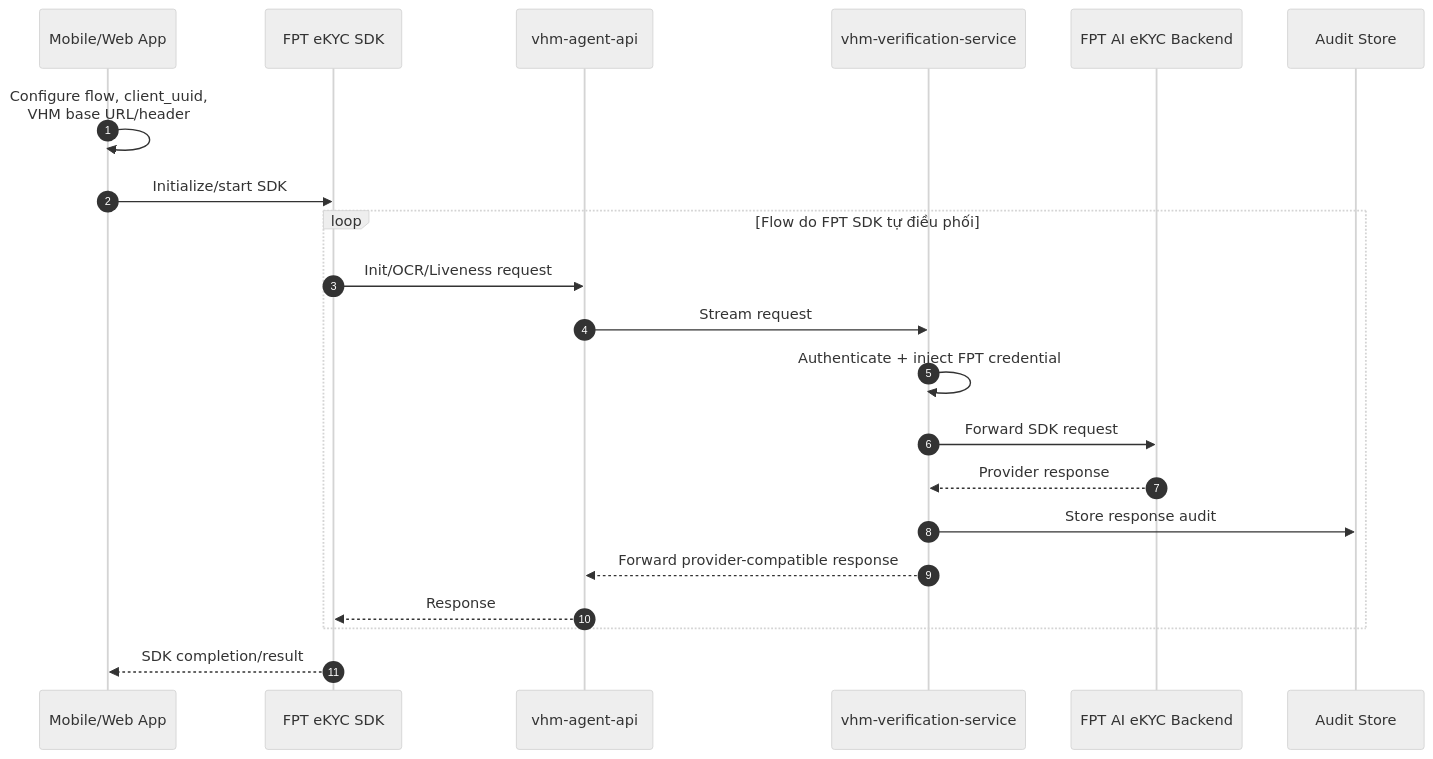
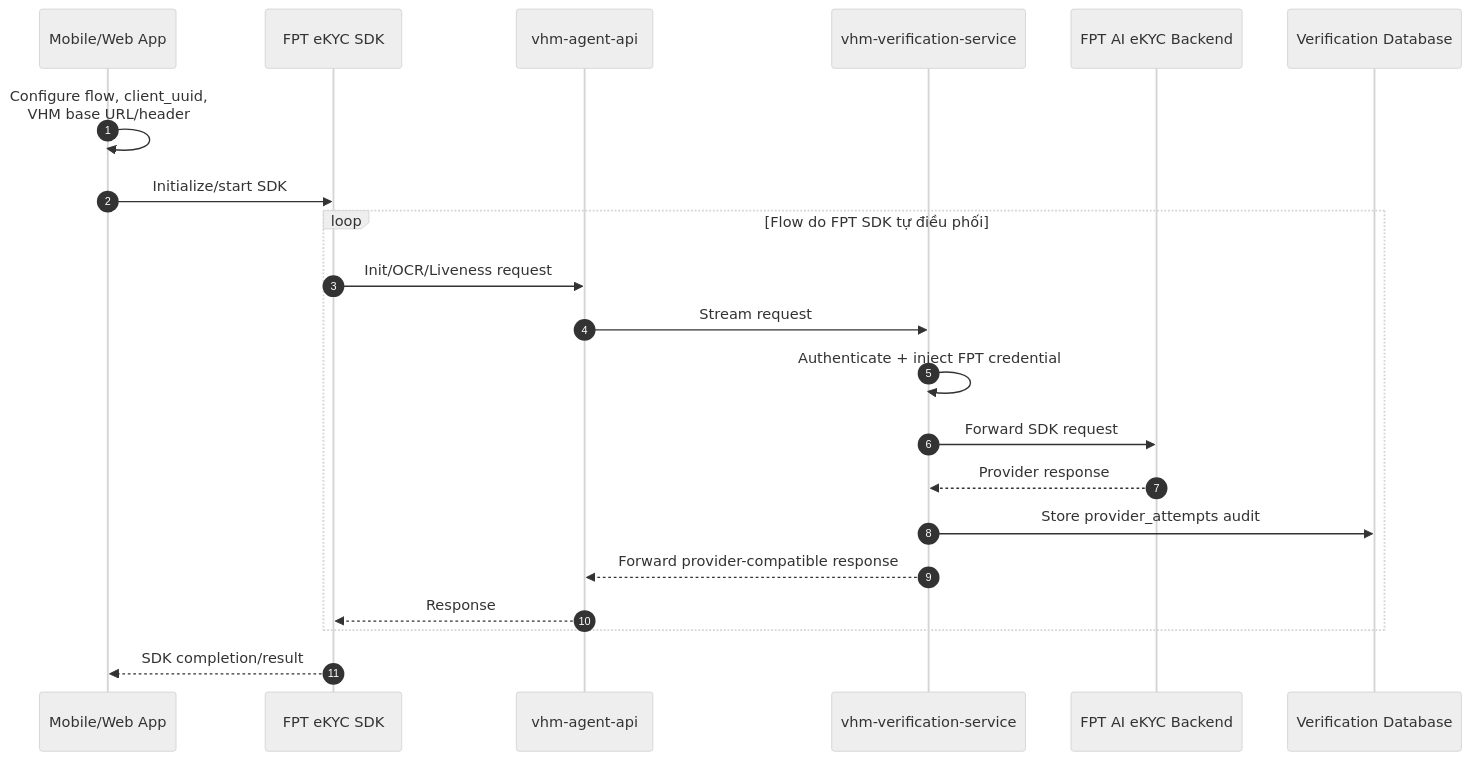
Before and after one commit to huynv-xyz/vhm: the sixth of 7 diagrams in noxh-ekyc.md, drawn with Mermaid (neutral theme). The commit also changed other lines of this file, not shown here.

````diff
--- a/noxh-ekyc.md
+++ b/noxh-ekyc.md
@@ -358,26 +420,26 @@
 ```mermaid
 sequenceDiagram
     autonumber
     participant APP as Mobile/Web App
     participant SDK as FPT eKYC SDK
     participant BFF as vhm-agent-api
     participant VERIFY as vhm-verification-service
     participant FPT as FPT AI eKYC Backend
-    participant AUDIT as Audit Store
+    participant DB as Verification Database
 
     APP->>APP: Configure flow, client_uuid,<br/>VHM base URL/header
     APP->>SDK: Initialize/start SDK
 
     loop Flow do FPT SDK tự điều phối
         SDK->>BFF: Init/OCR/Liveness request
         BFF->>VERIFY: Stream request
         VERIFY->>VERIFY: Authenticate + inject FPT credential
         VERIFY->>FPT: Forward SDK request
         FPT-->>VERIFY: Provider response
-        VERIFY->>AUDIT: Store response audit
+        VERIFY->>DB: Store provider_attempts audit
         VERIFY-->>BFF: Forward provider-compatible response
         BFF-->>SDK: Response
     end
 
     SDK-->>APP: SDK completion/result
 ```
````
